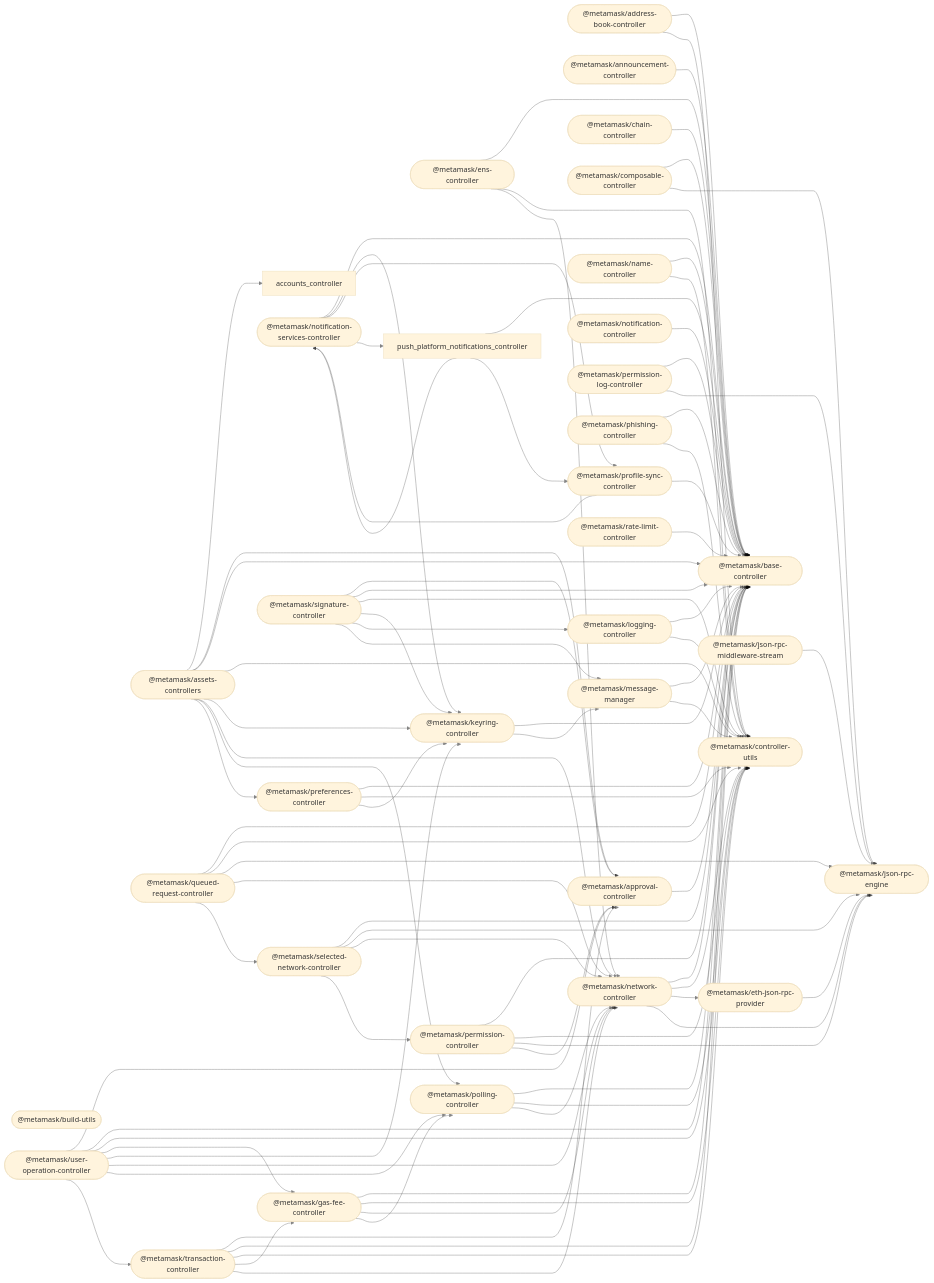
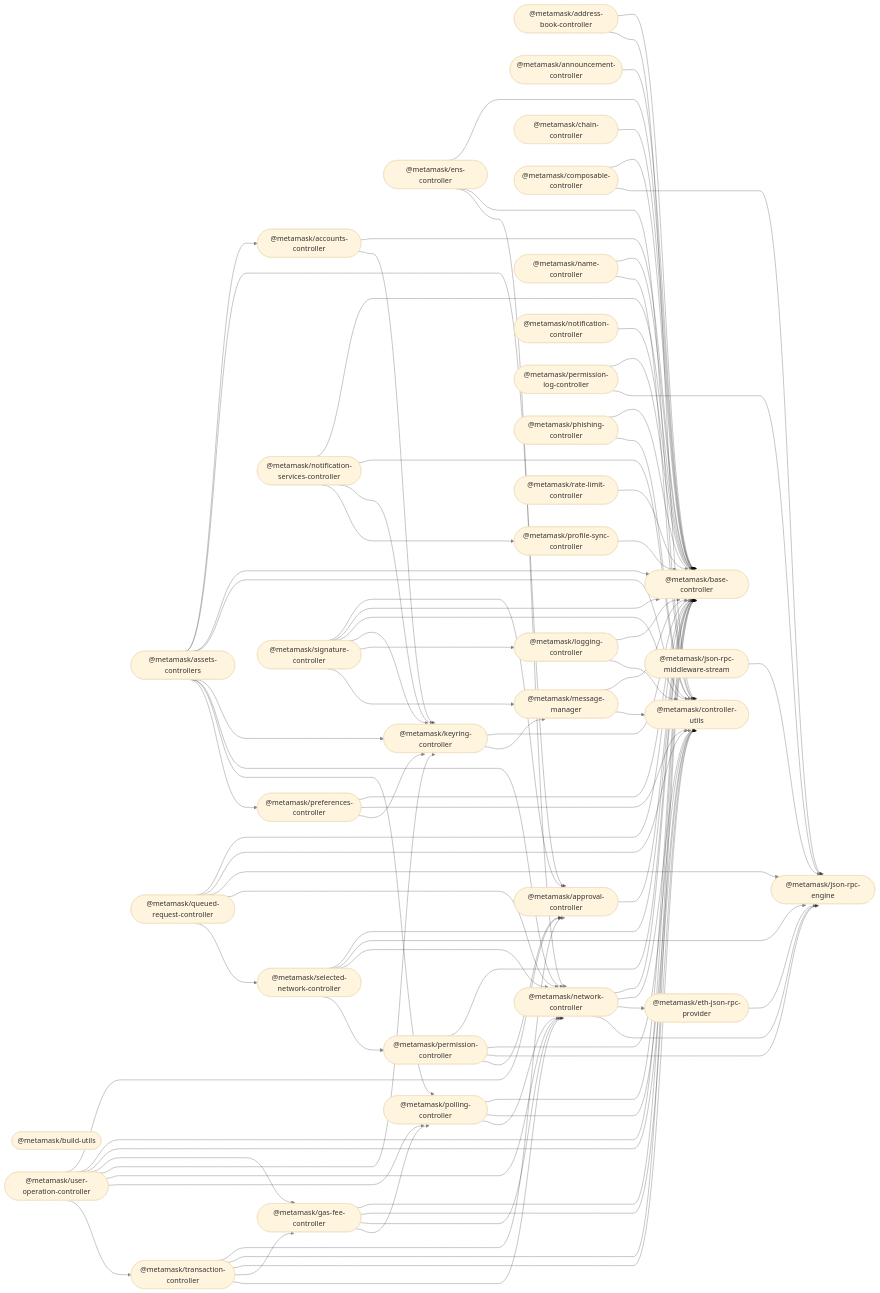
One commit to MetaMask/core changed the diagram in README.md. Above: the diagram before and after it, drawn with Mermaid (base theme). The commit also changed other lines of this file and 9 other files, not shown here.

```diff
--- a/README.md
+++ b/README.md
@@ -52,6 +53,7 @@
 %%{ init: { 'flowchart': { 'curve': 'bumpX' } } }%%
 graph LR;
 linkStyle default opacity:0.5
+  accounts_controller(["@metamask/accounts-controller"]);
   address_book_controller(["@metamask/address-book-controller"]);
   announcement_controller(["@metamask/announcement-controller"]);
   approval_controller(["@metamask/approval-controller"]);
@@ -72,7 +74,7 @@
   name_controller(["@metamask/name-controller"]);
   network_controller(["@metamask/network-controller"]);
   notification_controller(["@metamask/notification-controller"]);
-  notifications_controller(["@metamask/notification-services-controller"]);
+  notification_services_controller(["@metamask/notification-services-controller"]);
   permission_controller(["@metamask/permission-controller"]);
   permission_log_controller(["@metamask/permission-log-controller"]);
   phishing_controller(["@metamask/phishing-controller"]);
@@ -85,6 +87,8 @@
   signature_controller(["@metamask/signature-controller"]);
   transaction_controller(["@metamask/transaction-controller"]);
   user_operation_controller(["@metamask/user-operation-controller"]);
+  accounts_controller --> base_controller;
+  accounts_controller --> keyring_controller;
   address_book_controller --> base_controller;
   address_book_controller --> controller_utils;
   announcement_controller --> base_controller;
@@ -122,10 +126,10 @@
   network_controller --> eth_json_rpc_provider;
   network_controller --> json_rpc_engine;
   notification_controller --> base_controller;
-  notifications_controller --> base_controller;
-  notifications_controller --> keyring_controller;
-  notifications_controller --> profile_sync_controller;
-  notifications_controller --> push_platform_notifications_controller;
+  notification_services_controller --> base_controller;
+  notification_services_controller --> controller_utils;
+  notification_services_controller --> keyring_controller;
+  notification_services_controller --> profile_sync_controller;
   permission_controller --> base_controller;
   permission_controller --> controller_utils;
   permission_controller --> json_rpc_engine;
@@ -141,10 +145,6 @@
   preferences_controller --> controller_utils;
   preferences_controller --> keyring_controller;
   profile_sync_controller --> base_controller;
-  profile_sync_controller --> notifications_controller;
-  push_platform_notifications_controller --> base_controller;
-  push_platform_notifications_controller --> notifications_controller;
-  push_platform_notifications_controller --> profile_sync_controller;
   queued_request_controller --> base_controller;
   queued_request_controller --> controller_utils;
   queued_request_controller --> json_rpc_engine;
```
